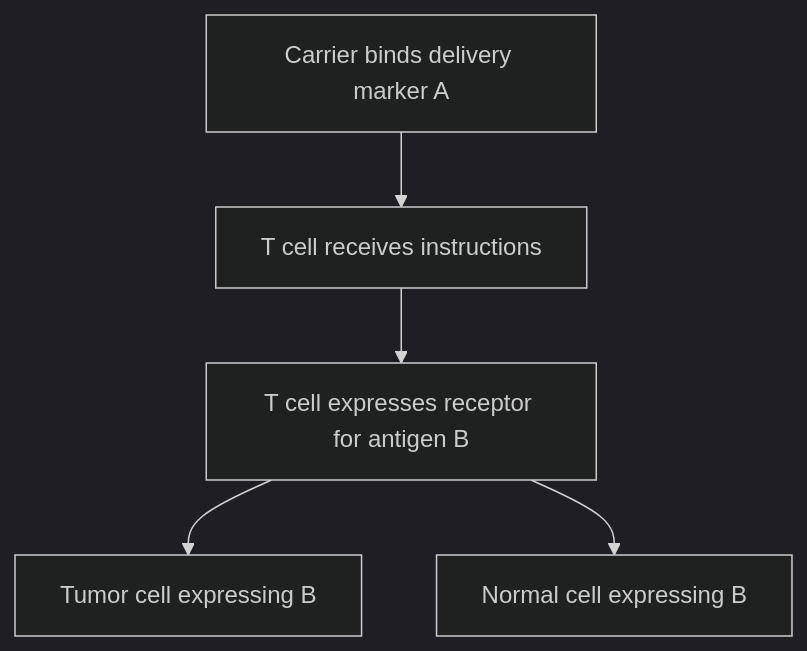
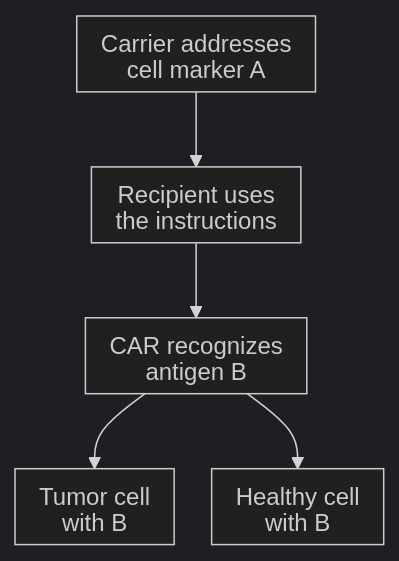
One commit to jasonLaster/oncoguide changed the diagram in wiki/education/concepts/engineering-and-manufacturing/delivery-vehicles/delivery-targeting-vs-cancer-targeting.md. Above: the diagram before and after it, drawn with Mermaid (dark theme). The commit also changed other lines of this file and 43 other files, not shown here.

Commit message:
education: sync engineered-cell curriculum and native diagram settings

````diff
--- a/wiki/education/concepts/engineering-and-manufacturing/delivery-vehicles/delivery-targeting-vs-cancer-targeting.md
+++ b/wiki/education/concepts/engineering-and-manufacturing/delivery-vehicles/delivery-targeting-vs-cancer-targeting.md
@@ -38,7 +36,8 @@
 ```mermaid
+%%{init: {"htmlLabels":false,"flowchart":{"htmlLabels":false,"padding":8,"nodeSpacing":25}}}%%
 flowchart TD
-  A[Carrier binds delivery marker A] --> B[T cell receives instructions]
-  B --> C[T cell expresses receptor for antigen B]
-  C --> D[Tumor cell expressing B]
-  C --> E[Normal cell expressing B]
+  A["Carrier addresses<br/>cell marker A"] --> B["Recipient uses<br/>the instructions"]
+  B --> C["CAR recognizes<br/>antigen B"]
+  C --> D["Tumor cell<br/>with B"]
+  C --> E["Healthy cell<br/>with B"]
 ```
````
